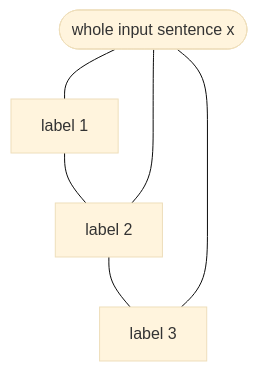
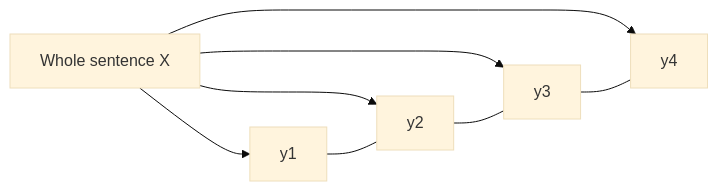
Before and after one commit to TrendySloth1001/sem-seven-notes: the diagram in content/natural-language-processing/pyq/2024-05-ce/q3b.mdx, drawn with Mermaid (base theme). The commit also changed other lines of this file and 406 other files, not shown here.

````diff
--- a/content/natural-language-processing/pyq/2024-05-ce/q3b.mdx
+++ b/content/natural-language-processing/pyq/2024-05-ce/q3b.mdx
@@ -26,8 +19,11 @@
 ```mermaid
-%% caption: In a linear-chain CRF each label (top) is linked to its neighbour and to the whole observed sentence (bottom). Links are undirected, so the model scores the sequence as one piece.
-flowchart TB
-  Y1["label 1"] --- Y2["label 2"] --- Y3["label 3"]
-  X(["whole input sentence x"]) --- Y1
-  X --- Y2
-  X --- Y3
+%% caption: A linear-chain CRF. Each label depends on its neighbouring labels and can look at the whole input sentence X.
+flowchart LR
+  X["Whole sentence X"] --> Y1["y1"]
+  X --> Y2["y2"]
+  X --> Y3["y3"]
+  X --> Y4["y4"]
+  Y1 --- Y2
+  Y2 --- Y3
+  Y3 --- Y4
 ```
````
